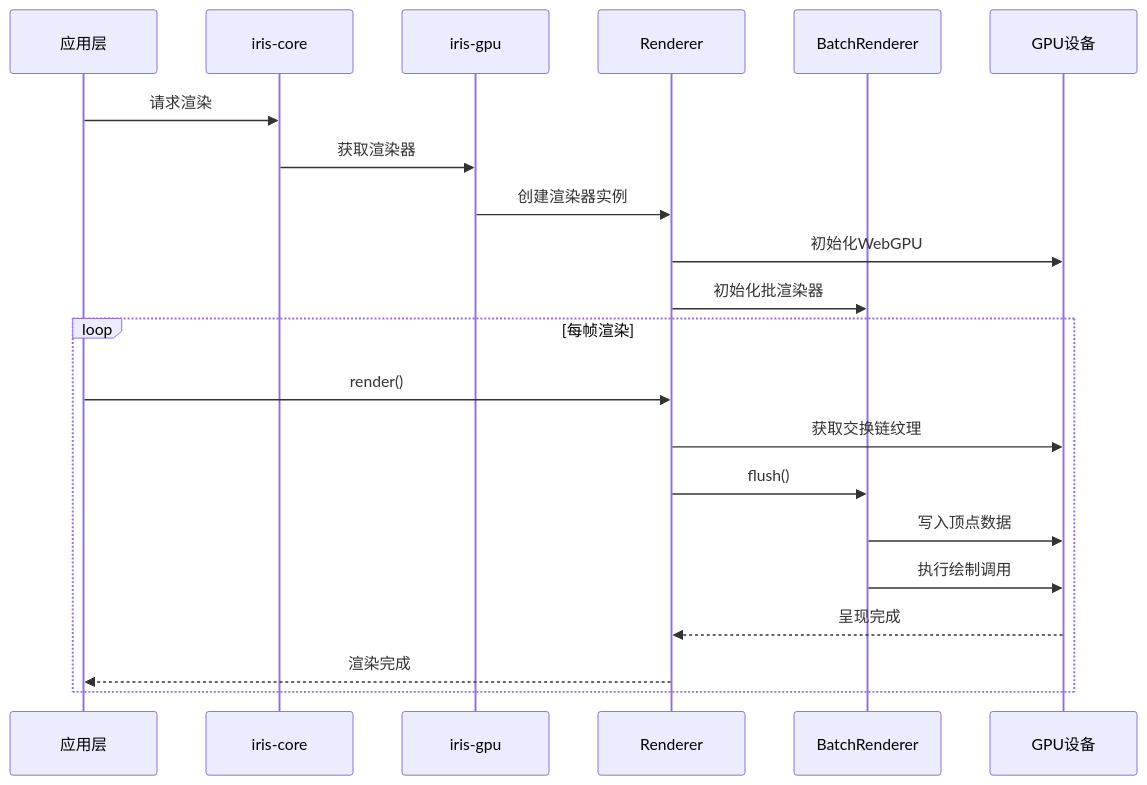
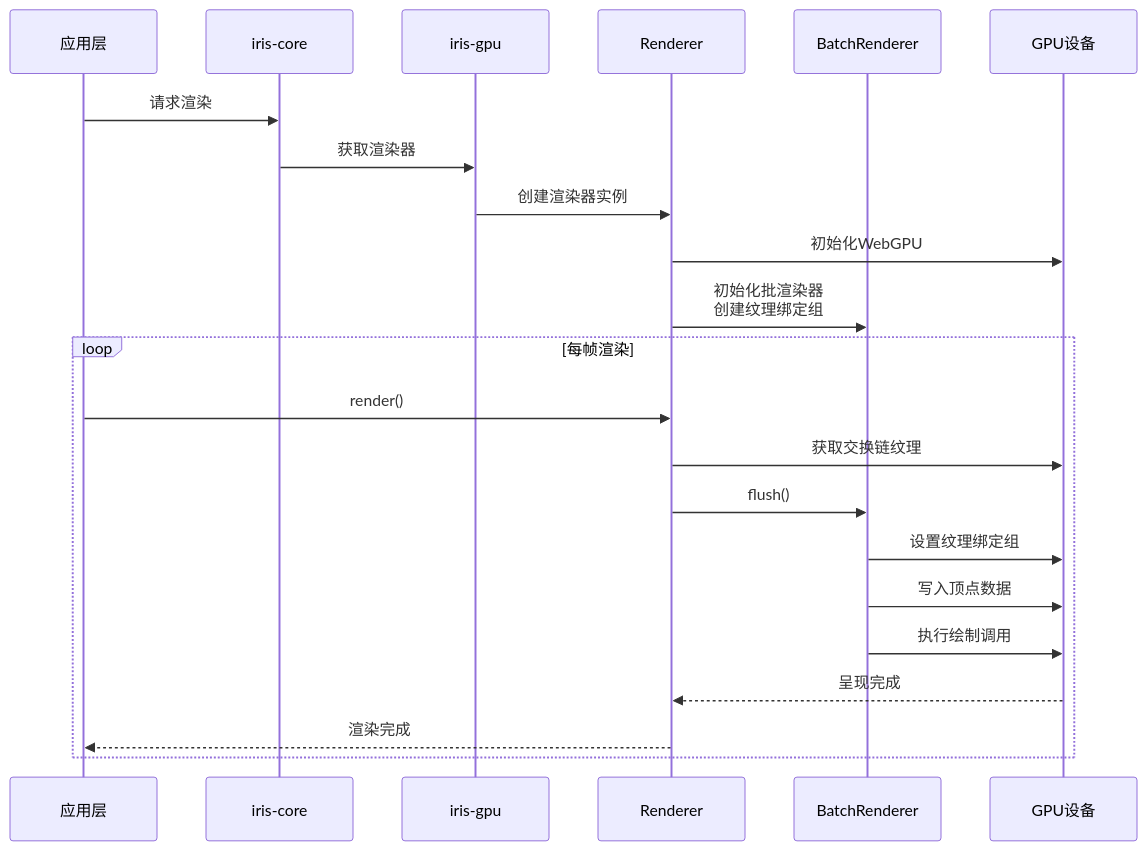
Diagram 12 of 17 in .qoder/repowiki/zh/content/技术架构详解/整体架构设计/Rust工作区架构.md (itszzl-sudo/iris), drawn with Mermaid before and after one commit. The commit also changed other lines of this file and 5 other files, not shown here.

````diff
--- a/.qoder/repowiki/zh/content/技术架构详解/整体架构设计/Rust工作区架构.md
+++ b/.qoder/repowiki/zh/content/技术架构详解/整体架构设计/Rust工作区架构.md
@@ -474,23 +527,24 @@
 ```mermaid
 sequenceDiagram
 participant App as 应用层
 participant Core as iris-core
 participant GPU as iris-gpu
 participant Renderer as Renderer
 participant Batch as BatchRenderer
 participant GPUDevice as GPU设备
 App->>Core : 请求渲染
 Core->>GPU : 获取渲染器
 GPU->>Renderer : 创建渲染器实例
 Renderer->>GPUDevice : 初始化WebGPU
-Renderer->>Batch : 初始化批渲染器
+Renderer->>Batch : 初始化批渲染器<br/>创建纹理绑定组
 loop 每帧渲染
 App->>Renderer : render()
 Renderer->>GPUDevice : 获取交换链纹理
 Renderer->>Batch : flush()
+Batch->>GPUDevice : 设置纹理绑定组
 Batch->>GPUDevice : 写入顶点数据
 Batch->>GPUDevice : 执行绘制调用
 GPUDevice-->>Renderer : 呈现完成
 Renderer-->>App : 渲染完成
 end
 ```
````
